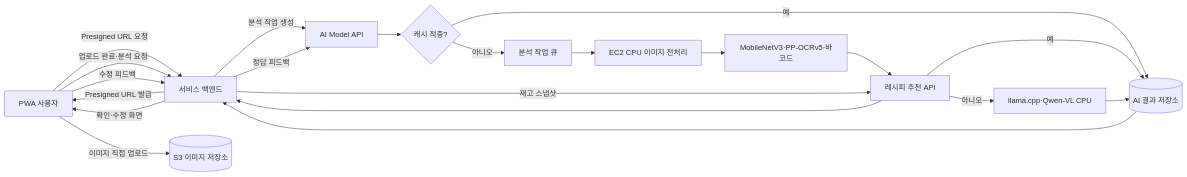
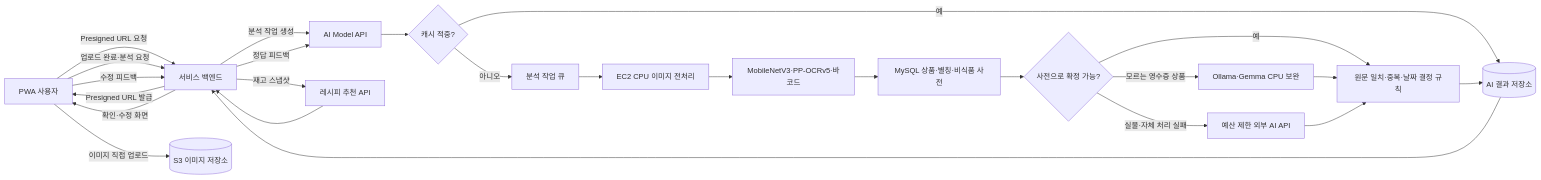
The diagram in model_api.md (100-hours-a-week/KTB4-5th-AI), drawn with Mermaid before and after one commit. The commit also changed other lines of this file and 1 other file, not shown here.

````diff
--- a/model_api.md
+++ b/model_api.md
@@ -20,23 +20,27 @@
 ```mermaid
 flowchart LR
     U[PWA 사용자] -->|Presigned URL 요청| B[서비스 백엔드]
     B -->|Presigned URL 발급| U
     U -->|이미지 직접 업로드| S[(S3 이미지 저장소)]
     U -->|업로드 완료·분석 요청| B
     B -->|분석 작업 생성| A[AI Model API]
     A --> E{캐시 적중?}
     E -- 예 --> R[(AI 결과 저장소)]
     E -- 아니오 --> Q[분석 작업 큐]
     Q --> P[EC2 CPU 이미지 전처리]
     P --> M[MobileNetV3·PP-OCRv5·바코드]
-    M --> C{필수값·신뢰도 충족?}
-    C -- 예 --> R
-    C -- 아니오 --> V[llama.cpp·Qwen-VL CPU]
-    V --> R
+    M --> D[MySQL 상품·별칭·비식품 사전]
+    D --> C{사전으로 확정 가능?}
+    C -- 예 --> K
+    C -- 모르는 영수증 상품 --> G[Ollama·Gemma CPU 보완]
+    C -- 실물·자체 처리 실패 --> X[예산 제한 외부 AI API]
+    G --> K[원문 일치·중복·날짜 결정 규칙]
+    X --> K
+    K --> R
     R --> B
     B -->|확인·수정 화면| U
     U -->|수정 피드백| B
     B -->|정답 피드백| A
-    B -->|재고 스냅샷| C[레시피 추천 API]
-    C --> B
+    B -->|재고 스냅샷| RC[레시피 추천 API]
+    RC --> B
 ```
````
